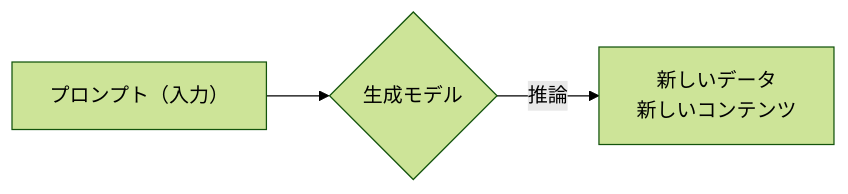
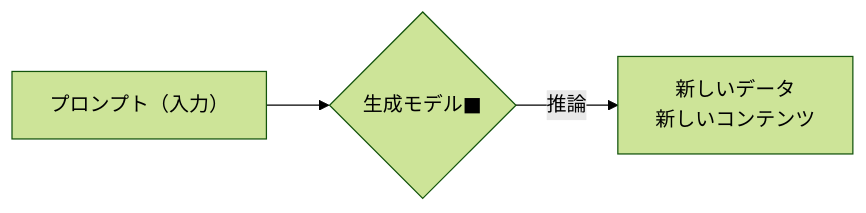
Before and after one commit to SparklingDetergent/doc_genai_Using_Generative_AI_with_Mac_Mini_-Introduction-: the third of 14 diagrams in README.md, drawn with Mermaid (forest theme). The commit also changed other lines of this file, not shown here.

````diff
--- a/README.md
+++ b/README.md
@@ -94,4 +94,4 @@
 ```mermaid
 graph LR
-    G[プロンプト（入力）] --> E{生成モデル} --> |推論| F[新しいデータ<BR/>新しいコンテンツ];
+    G[プロンプト（入力）] --> E{生成モデル■} --> |推論| F[新しいデータ<BR/>新しいコンテンツ];
 ```
````
